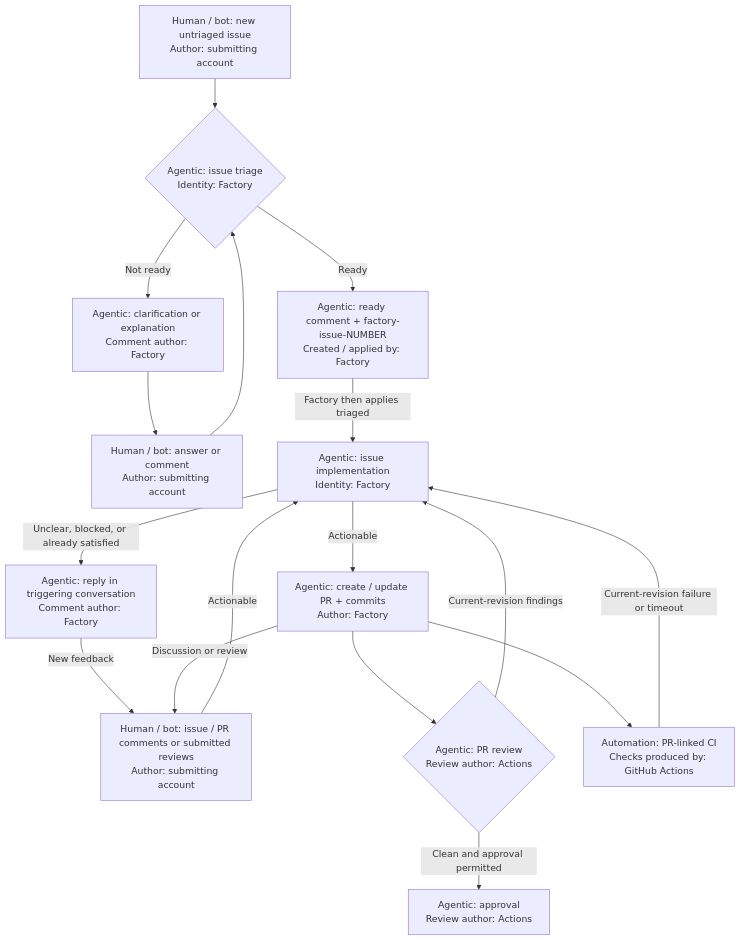
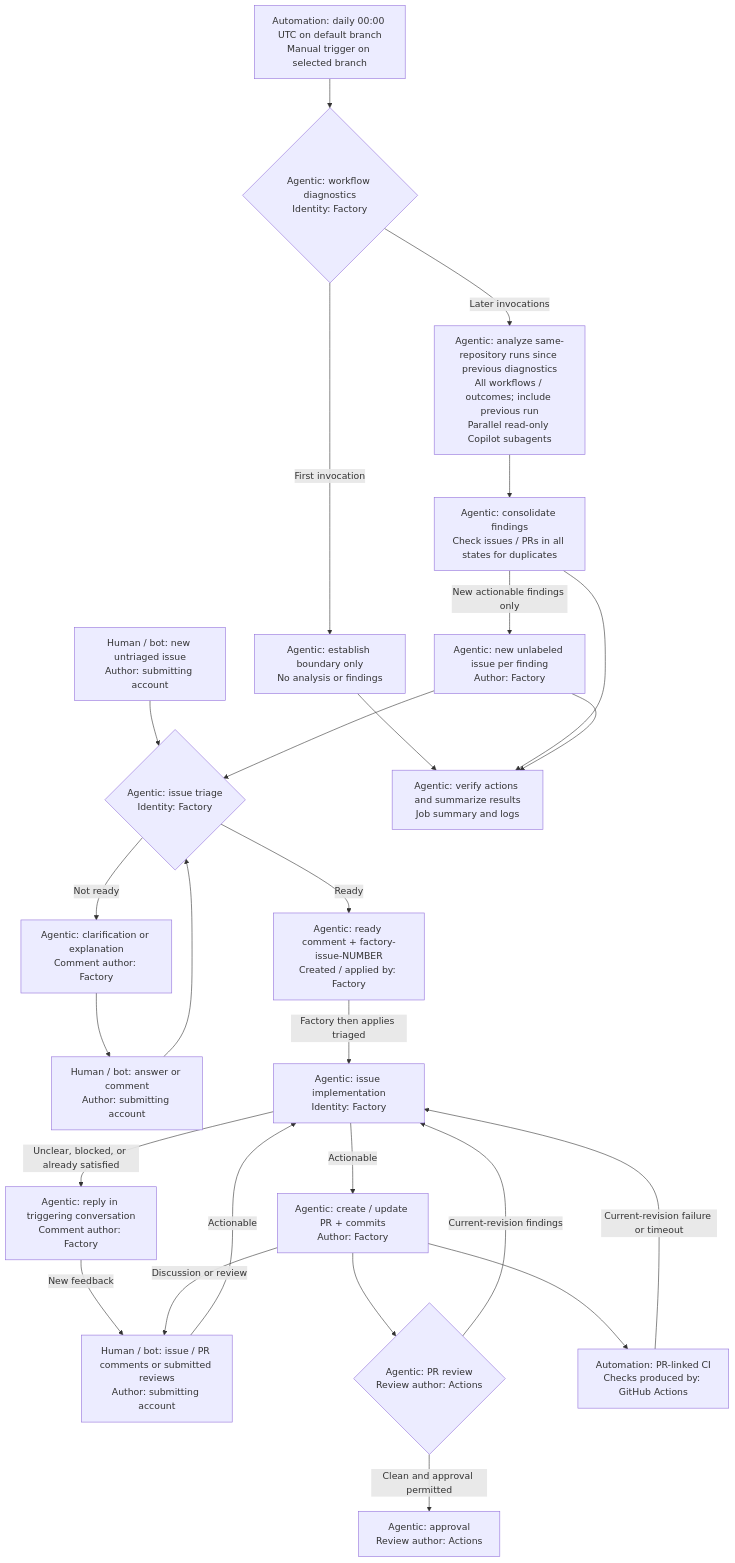
Before and after one commit to VasiliyNovikov/Factory: the diagram in README.md, drawn with Mermaid. The commit also changed other lines of this file and 6 other files, not shown here.

Commit message:
Add periodic workflow diagnostics (#15)

````diff
--- a/README.md
+++ b/README.md
@@ -22,19 +22,29 @@
 ```mermaid
 flowchart TD
     issue["Human / bot: new untriaged issue<br/>Author: submitting account"] --> triage{"Agentic: issue triage<br/>Identity: Factory"}
     triage -->|Not ready| clarification["Agentic: clarification or explanation<br/>Comment author: Factory"]
     clarification --> answer["Human / bot: answer or comment<br/>Author: submitting account"]
     answer --> triage
     triage -->|Ready| tracking["Agentic: ready comment + factory-issue-NUMBER<br/>Created / applied by: Factory"]
     tracking -->|Factory then applies triaged| implementation["Agentic: issue implementation<br/>Identity: Factory"]
     implementation -->|Actionable| pr["Agentic: create / update PR + commits<br/>Author: Factory"]
     implementation -->|Unclear, blocked, or already satisfied| reply["Agentic: reply in triggering conversation<br/>Comment author: Factory"]
     reply -->|New feedback| feedback["Human / bot: issue / PR comments or submitted reviews<br/>Author: submitting account"]
     feedback -->|Actionable| implementation
     pr --> review{"Agentic: PR review<br/>Review author: Actions"}
     review -->|Current-revision findings| implementation
     review -->|Clean and approval permitted| approval["Agentic: approval<br/>Review author: Actions"]
     pr --> ci["Automation: PR-linked CI<br/>Checks produced by: GitHub Actions"]
     pr -->|Discussion or review| feedback
     ci -->|Current-revision failure or timeout| implementation
+
+    diagnosticsTrigger["Automation: daily 00:00 UTC on default branch<br/>Manual trigger on selected branch"] --> diagnostics{"Agentic: workflow diagnostics<br/>Identity: Factory"}
+    diagnostics -->|First invocation| boundary["Agentic: establish boundary only<br/>No analysis or findings"]
+    diagnostics -->|Later invocations| workflowAnalysis["Agentic: analyze same-repository runs since previous diagnostics<br/>All workflows / outcomes; include previous run<br/>Parallel read-only Copilot subagents"]
+    workflowAnalysis --> findings["Agentic: consolidate findings<br/>Check issues / PRs in all states for duplicates"]
+    findings -->|New actionable findings only| diagnosticsIssue["Agentic: new unlabeled issue per finding<br/>Author: Factory"]
+    diagnosticsIssue --> triage
+    boundary --> diagnosticsSummary["Agentic: verify actions and summarize results<br/>Job summary and logs"]
+    findings --> diagnosticsSummary
+    diagnosticsIssue --> diagnosticsSummary
 ```
````
